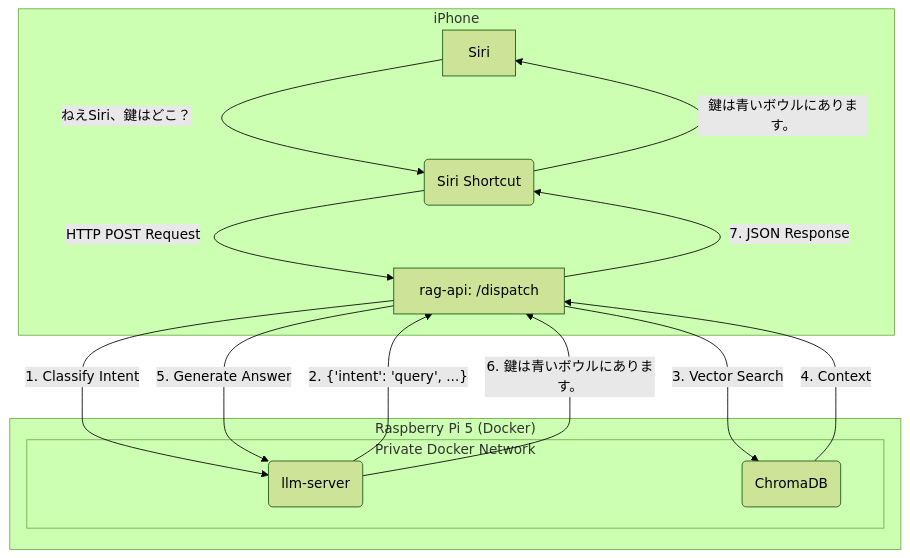
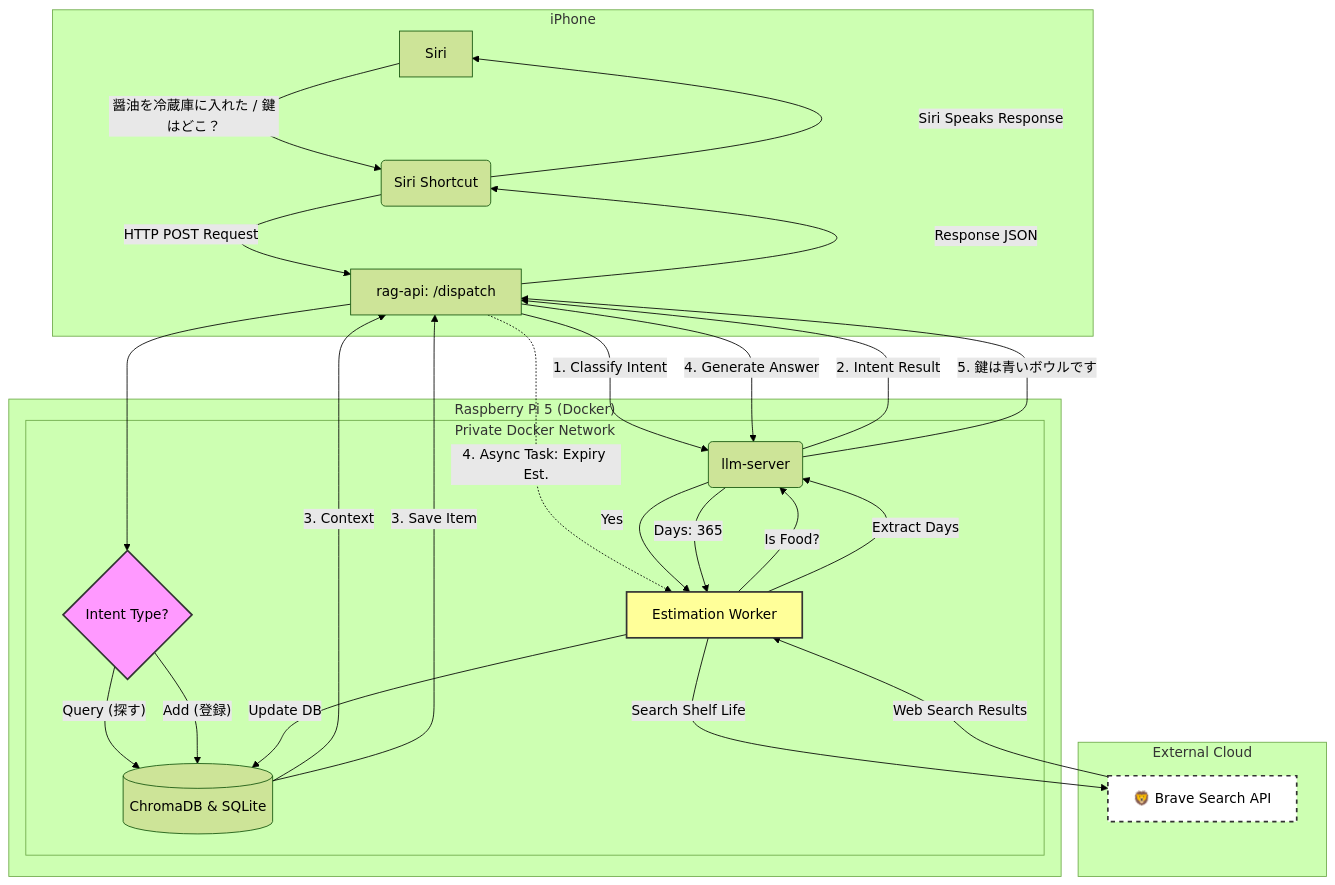
Before and after one commit to OratniR/ShelfAwareRAG: the diagram in documents/process_flow.md, drawn with Mermaid (forest theme). The commit also changed 26 other files, not shown here.

Commit message:
add shelf-life estimation via Brave Search

````diff
--- a/documents/process_flow.md
+++ b/documents/process_flow.md
@@ -1,21 +1,51 @@
 ```mermaid
 graph TD
     subgraph iPhone
-        A[Siri] -- "ねえSiri、鍵はどこ？" --> B(Siri Shortcut)
+        A[Siri] -- "醤油を冷蔵庫に入れた / 鍵はどこ？" --> B(Siri Shortcut)
         B -- HTTP POST Request --> E[rag-api: /dispatch]
+    end
+
+    subgraph "External Cloud"
+        BS[🦁 Brave Search API]
     end
 
     subgraph "Raspberry Pi 5 (Docker)"
         subgraph "Private Docker Network"
+            
+            %% Common Step: Intent Classification
             E -- 1. Classify Intent --> F(llm-server)
-            F -- "2. {'intent': 'query', ...}" --> E  
-            E -- 3. Vector Search --> G(ChromaDB)
-            G -- 4. Context --> E
-            E -- 5. Generate Answer --> F
-            F -- "6. 鍵は青いボウルにあります。" --> E
+            F -- "2. Intent Result" --> E
+            
+            E --> DECISION{Intent Type?}
+
+            %% Flow A: Query (Search)
+            DECISION -- "Query (探す)" --> G[(ChromaDB & SQLite)]
+            G -- 3. Context --> E
+            E -- 4. Generate Answer --> F
+            F -- "5. 鍵は青いボウルです" --> E
+
+            %% Flow B: Add (Register & Estimate)
+            DECISION -- "Add (登録)" --> G
+            G -- 3. Save Item --> E
+            
+            %% Background Task (Async)
+            E -. "4. Async Task: Expiry Est." .-> EST[Estimation Worker]
+            EST -- "Is Food?" --> F
+            F -- "Yes" --> EST
+            EST -- "Search Shelf Life" --> BS
+            BS -- "Web Search Results" --> EST
+            EST -- "Extract Days" --> F
+            F -- "Days: 365" --> EST
+            EST -- "Update DB" --> G
         end
     end
     
-    E -- 7. JSON Response --> B
-    B -- "鍵は青いボウルにあります。" --> A
+    %% Final Response to User
+    E -- Response JSON --> B
+    B -- "Siri Speaks Response" --> A
+    
+    %% Styling
+    style BS fill:#fff,stroke:#333,stroke-width:2px,stroke-dasharray: 5 5
+    style EST fill:#ff9,stroke:#333,stroke-width:2px
+    style DECISION fill:#f9f,stroke:#333,stroke-width:2px
 ```
````
